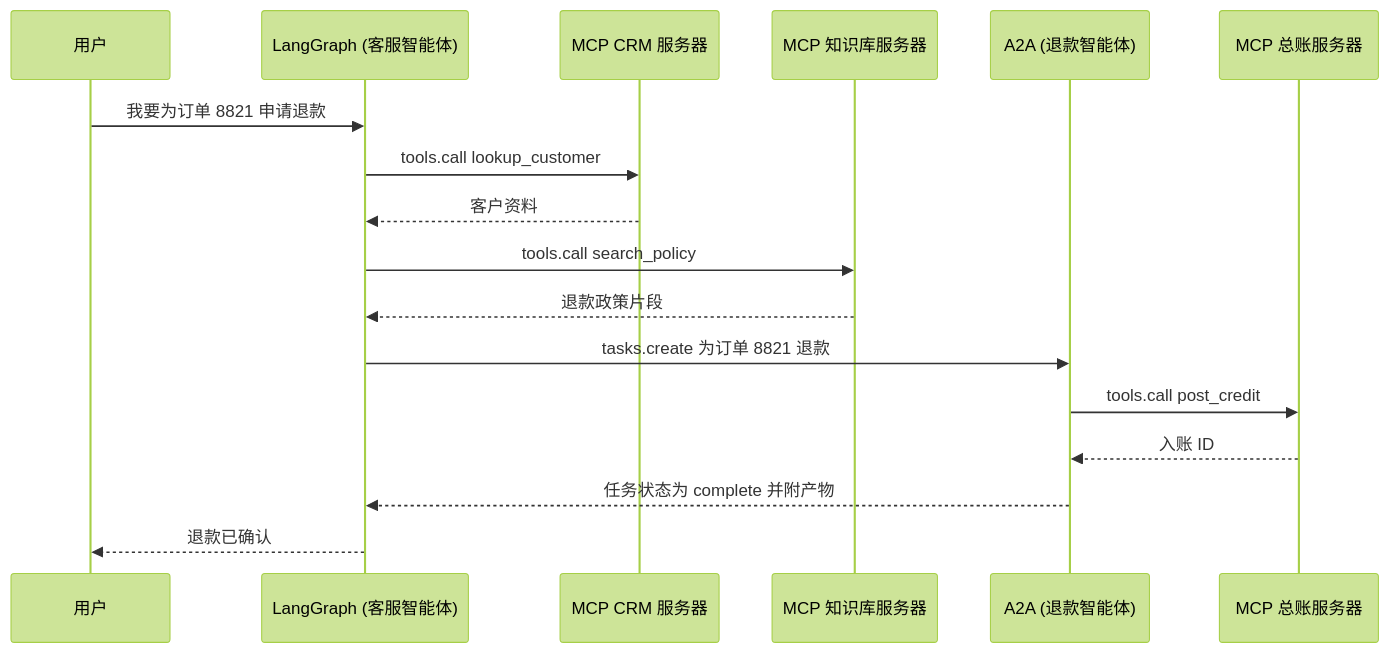
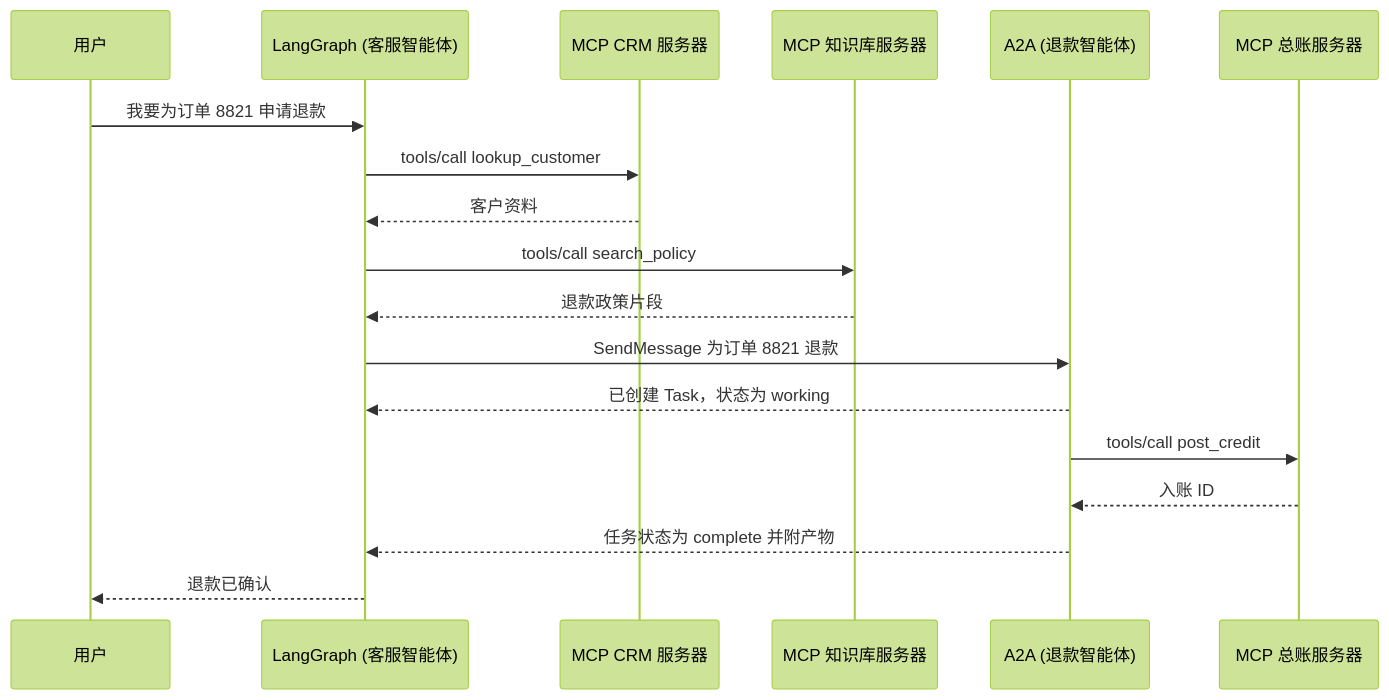
One commit to ChiHoc/ai-system-design-guide-zh changed the fourth of 5 diagrams in 07-agentic-systems/03-tool-use-and-mcp.md. Above: the diagram before and after it, drawn with Mermaid (forest theme). The commit also changed other lines of this file and 149 other files, not shown here.

````diff
--- a/07-agentic-systems/03-tool-use-and-mcp.md
+++ b/07-agentic-systems/03-tool-use-and-mcp.md
@@ -360,20 +420,21 @@
 ```mermaid
 sequenceDiagram
     participant User as 用户
     participant Support as LangGraph (客服智能体)
     participant CRM as MCP CRM 服务器
     participant KB as MCP 知识库服务器
     participant Refund as A2A (退款智能体)
     participant Ledger as MCP 总账服务器
 
     User->>Support: 我要为订单 8821 申请退款
-    Support->>CRM: tools.call lookup_customer
+    Support->>CRM: tools/call lookup_customer
     CRM-->>Support: 客户资料
-    Support->>KB: tools.call search_policy
+    Support->>KB: tools/call search_policy
     KB-->>Support: 退款政策片段
-    Support->>Refund: tasks.create 为订单 8821 退款
-    Refund->>Ledger: tools.call post_credit
+    Support->>Refund: SendMessage 为订单 8821 退款
+    Refund-->>Support: 已创建 Task，状态为 working
+    Refund->>Ledger: tools/call post_credit
     Ledger-->>Refund: 入账 ID
     Refund-->>Support: 任务状态为 complete 并附产物
     Support-->>User: 退款已确认
 ```
````
